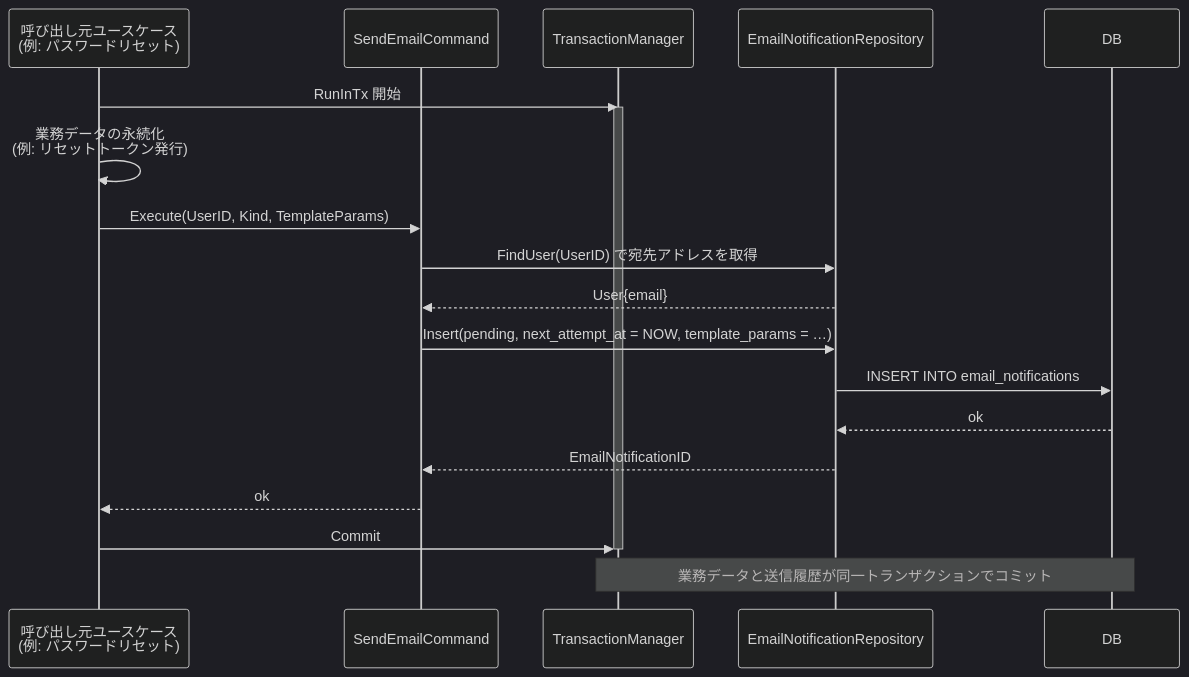
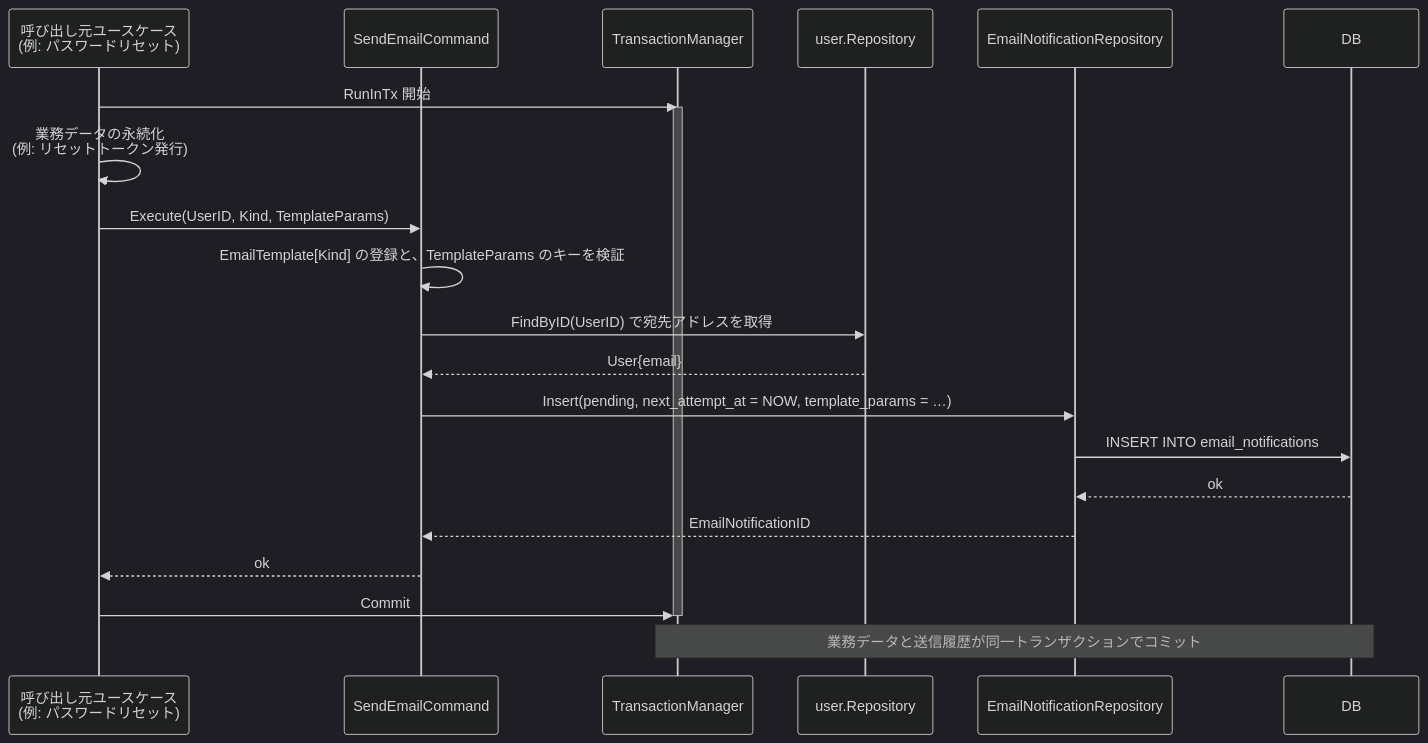
One commit to Haya372/ai-trial changed the first of 2 diagrams in docs/spec/SPEC-010-email-notification.md. Above: the diagram before and after it, drawn with Mermaid (dark theme). The commit also changed other lines of this file and 1 other file, not shown here.

First line of the commit message:
fix: Validate template params at send request time

````diff
--- a/docs/spec/SPEC-010-email-notification.md
+++ b/docs/spec/SPEC-010-email-notification.md
@@ -154,23 +159,25 @@
 ```mermaid
 sequenceDiagram
     participant UC as 呼び出し元ユースケース<br/>(例: パスワードリセット)
     participant Send as SendEmailCommand
     participant TX as TransactionManager
+    participant Users as user.Repository
     participant Repo as EmailNotificationRepository
     participant DB
 
     UC->>TX: RunInTx 開始
     activate TX
     UC->>UC: 業務データの永続化<br/>(例: リセットトークン発行)
     UC->>Send: Execute(UserID, Kind, TemplateParams)
-    Send->>Repo: FindUser(UserID) で宛先アドレスを取得
-    Repo-->>Send: User{email}
+    Send->>Send: EmailTemplate[Kind] の登録と、TemplateParams のキーを検証
+    Send->>Users: FindByID(UserID) で宛先アドレスを取得
+    Users-->>Send: User{email}
     Send->>Repo: Insert(pending, next_attempt_at = NOW, template_params = …)
     Repo->>DB: INSERT INTO email_notifications
     DB-->>Repo: ok
     Repo-->>Send: EmailNotificationID
     Send-->>UC: ok
     UC->>TX: Commit
     deactivate TX
     Note over TX,DB: 業務データと送信履歴が同一トランザクションでコミット
 ```
````
